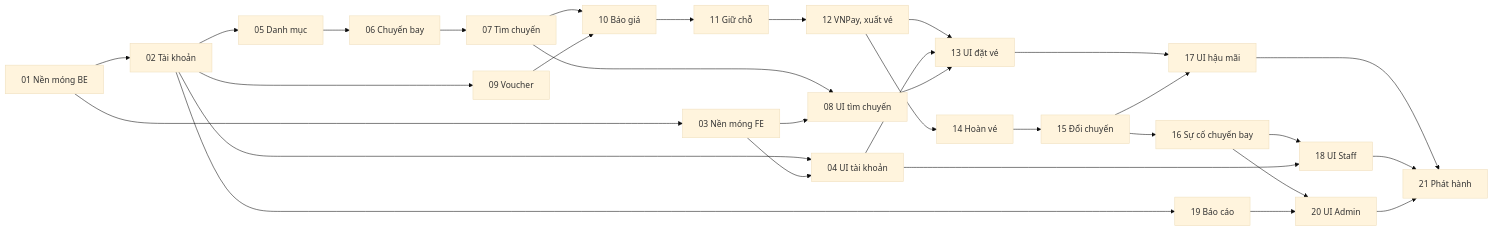
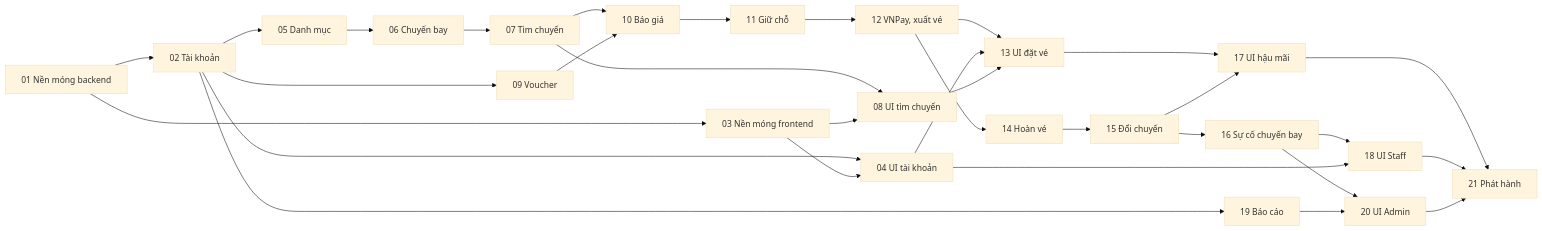
One commit to NguyenHungCuongg/flight-booking-system changed the diagram in report/01-gioi-thieu.md. Above: the diagram before and after it, drawn with Mermaid (base theme). The commit also changed other lines of this file and 3 other files, not shown here.

````diff
--- a/report/01-gioi-thieu.md
+++ b/report/01-gioi-thieu.md
@@ -159,33 +159,33 @@
 ```mermaid
 flowchart LR
-    P01["01 Nền móng BE"] --> P02["02 Tài khoản"]
-    P01 --> P03["03 Nền móng FE"]
+    P01["01 Nền móng backend"] --> P02["02 Tài khoản"]
+    P01 --> P03["03 Nền móng frontend"]
     P02 --> P04["04 UI tài khoản"]
     P03 --> P04
     P02 --> P05["05 Danh mục"]
     P05 --> P06["06 Chuyến bay"]
     P06 --> P07["07 Tìm chuyến"]
     P07 --> P08["08 UI tìm chuyến"]
     P03 --> P08
     P02 --> P09["09 Voucher"]
     P07 --> P10["10 Báo giá"]
     P09 --> P10
     P10 --> P11["11 Giữ chỗ"]
     P11 --> P12["12 VNPay, xuất vé"]
     P12 --> P13["13 UI đặt vé"]
     P04 --> P13
     P08 --> P13
     P12 --> P14["14 Hoàn vé"]
     P14 --> P15["15 Đổi chuyến"]
     P15 --> P16["16 Sự cố chuyến bay"]
     P13 --> P17["17 UI hậu mãi"]
     P15 --> P17
     P16 --> P18["18 UI Staff"]
     P04 --> P18
     P02 --> P19["19 Báo cáo"]
     P16 --> P20["20 UI Admin"]
     P19 --> P20
     P17 --> P21["21 Phát hành"]
     P18 --> P21
     P20 --> P21
 ```
````
